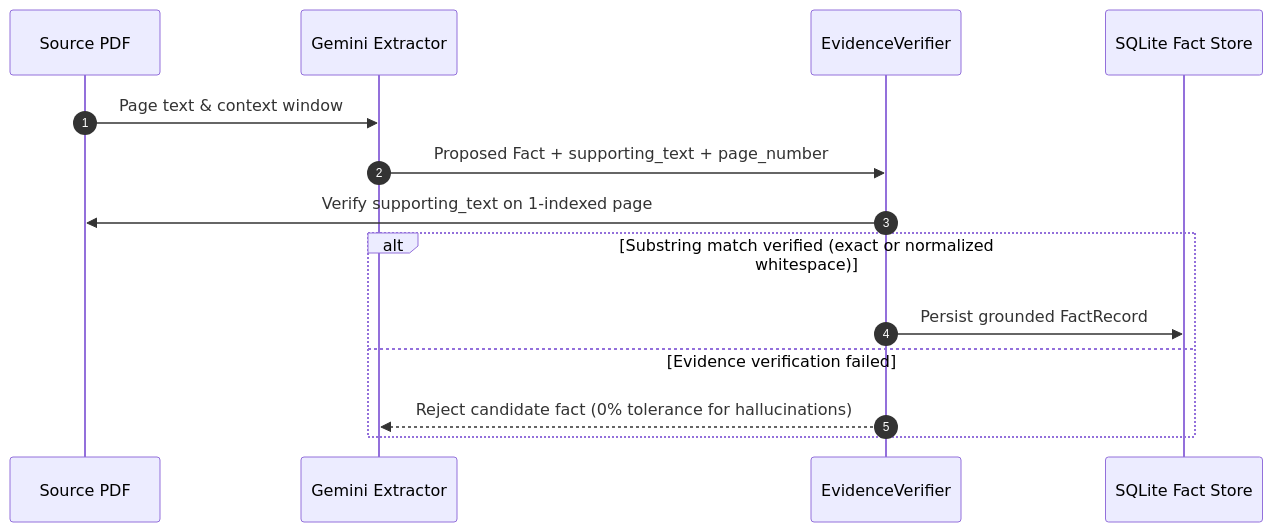
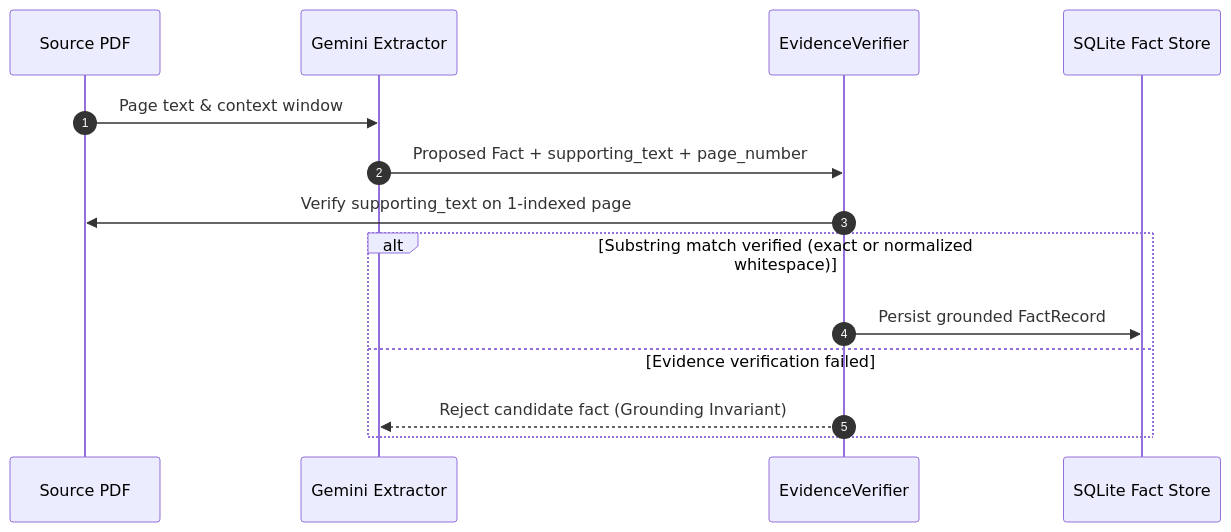
One commit to VaishnavSreekumar/FACTLINE changed the third of 5 diagrams in README.md. Above: the diagram before and after it, drawn with Mermaid. The commit also changed other lines of this file and 1 other file, not shown here.

Commit message:
docs: complete final documentation fact-check, update 8 comparability dimensions, PyMuPDF dependency, and validate all 13 Mermaid diagrams

````diff
--- a/README.md
+++ b/README.md
@@ -132,17 +133,17 @@
 ```mermaid
 sequenceDiagram
     autonumber
     participant PDF as Source PDF
     participant EX as Gemini Extractor
     participant EV as EvidenceVerifier
     participant DB as SQLite Fact Store
 
     PDF->>EX: Page text & context window
     EX->>EV: Proposed Fact + supporting_text + page_number
     EV->>PDF: Verify supporting_text on 1-indexed page
     alt Substring match verified (exact or normalized whitespace)
         EV->>DB: Persist grounded FactRecord
     else Evidence verification failed
-        EV-->>EX: Reject candidate fact (0% tolerance for hallucinations)
+        EV-->>EX: Reject candidate fact (Grounding Invariant)
     end
 ```
````
